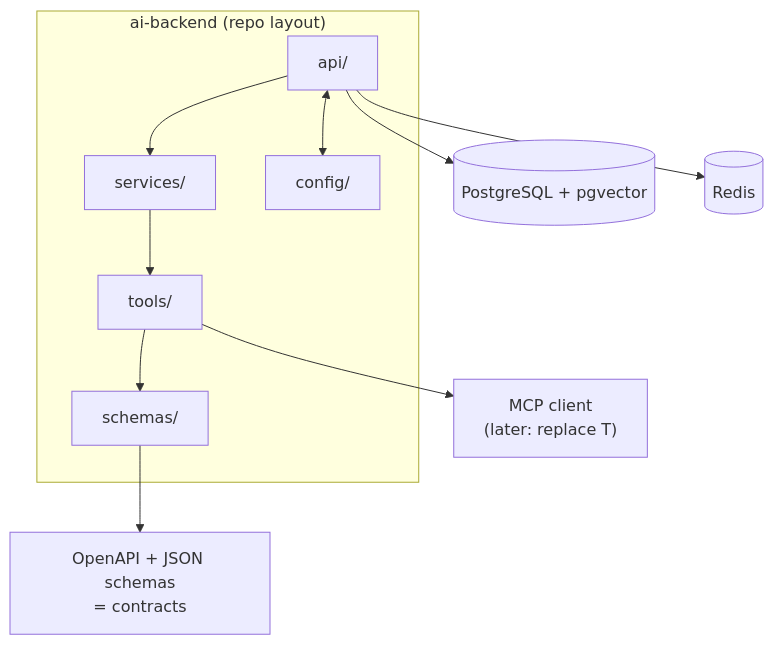
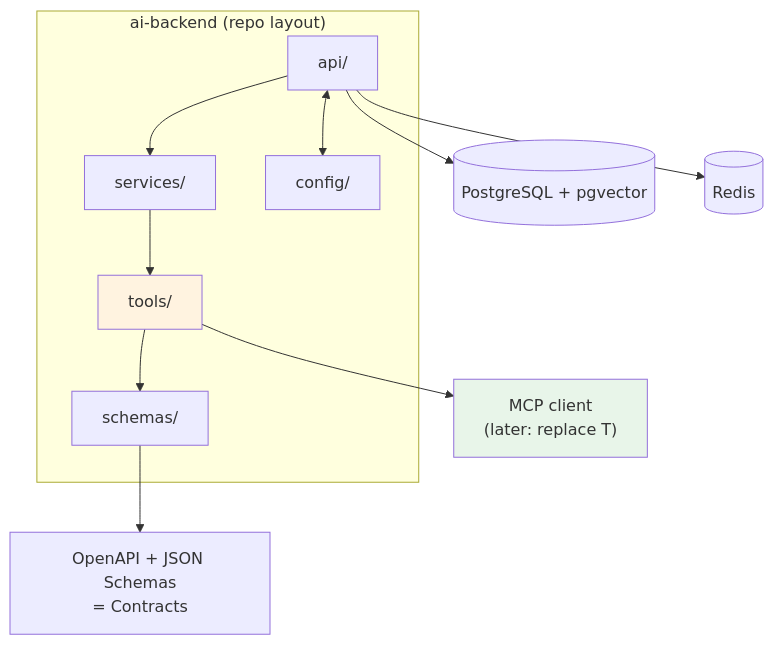
Before and after one commit to kotiansukesh/Engineering-Knowledge-System: the diagram in AI/01_Fundamentals/AI Backend Template.md, drawn with Mermaid. The commit also changed other lines of this file and 546 other files, not shown here.

````diff
--- a/AI/01_Fundamentals/AI Backend Template.md
+++ b/AI/01_Fundamentals/AI Backend Template.md
@@ -16,13 +25,15 @@
 ```mermaid
 flowchart TB
- subgraph app["ai-backend (repo layout)"]
- A[api/] --> S[services/]
- S --> T[tools/]
- T --> SC[schemas/]
- A <--> Cfg[config/]
- end
- A --> PG[(PostgreSQL + pgvector)]
- A --> RD[(Redis)]
- T --> MCP["MCP client<br/>(later: replace T)"]
- SC --> OS["OpenAPI + JSON schemas<br/>= contracts"]
+    subgraph app["ai-backend (repo layout)"]
+        A[api/] --> S[services/]
+        S --> T[tools/]
+        T --> SC[schemas/]
+        A <--> Cfg[config/]
+    end
+    A --> PG[(PostgreSQL + pgvector)]
+    A --> RD[(Redis)]
+    T --> MCP["MCP client<br/>(later: replace T)"]
+    SC --> OS["OpenAPI + JSON Schemas<br/>= Contracts"]
+    style T fill:#fff3e0
+    style MCP fill:#e8f5e9
 ```
````
